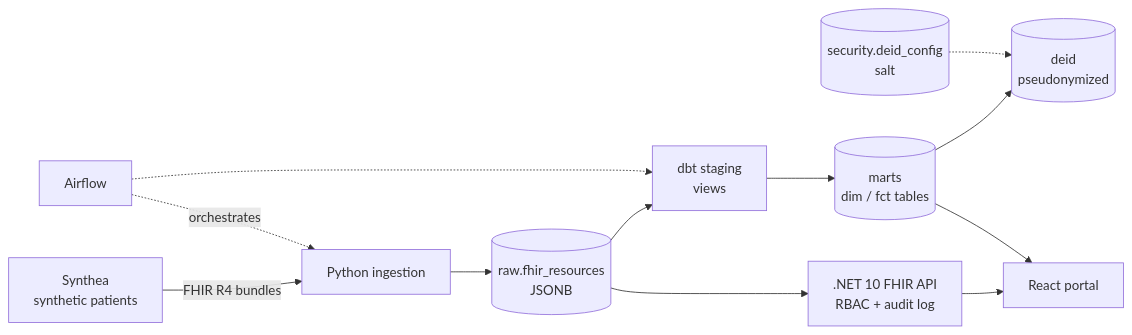
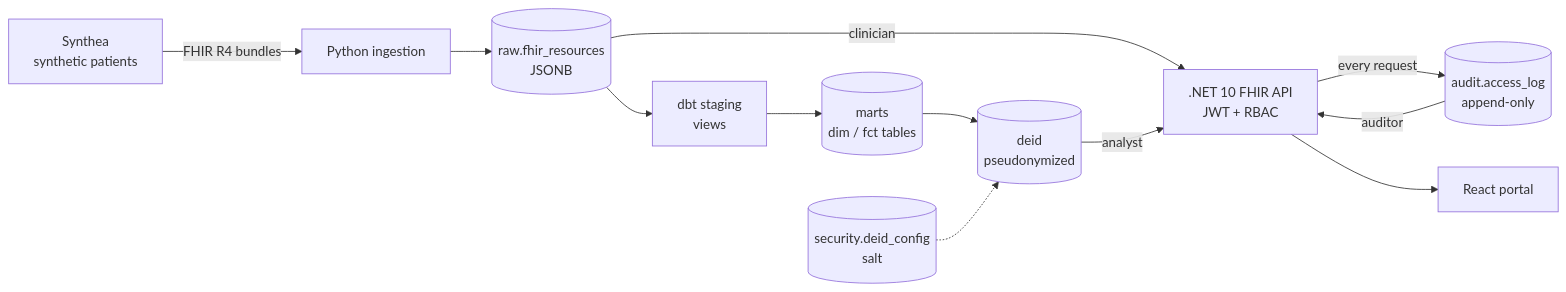
One commit to mcorthudayi/pulselake changed the diagram in README.md. Above: the diagram before and after it, drawn with Mermaid. The commit also changed other lines of this file and 12 other files, not shown here.

Commit message:
feat: phase 3 — .NET 10 FHIR API with RBAC, least-privilege DB role, append-only audit log

````diff
--- a/README.md
+++ b/README.md
@@ -11,14 +11,14 @@
 ```mermaid
 flowchart LR
   S[Synthea<br/>synthetic patients] -->|FHIR R4 bundles| I[Python ingestion]
   I --> R[(raw.fhir_resources<br/>JSONB)]
   R --> ST[dbt staging<br/>views]
   ST --> M[(marts<br/>dim / fct tables)]
   M --> X[(deid<br/>pseudonymized)]
   K[(security.deid_config<br/>salt)] -.-> X
-  R --> A[.NET 10 FHIR API<br/>RBAC + audit log]
+  R -->|clinician| A[.NET 10 FHIR API<br/>JWT + RBAC]
+  X -->|analyst| A
+  A -->|every request| L[(audit.access_log<br/>append-only)]
+  L -->|auditor| A
   A --> W[React portal]
-  M --> W
-  O[Airflow] -.orchestrates.-> I
-  O -.-> ST
 ```
````
